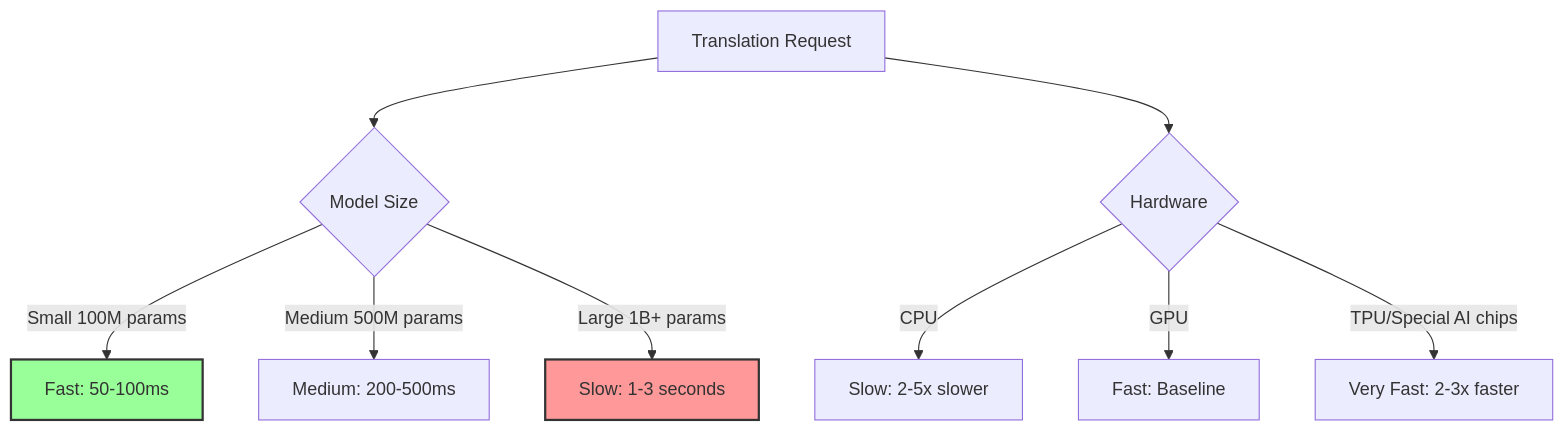
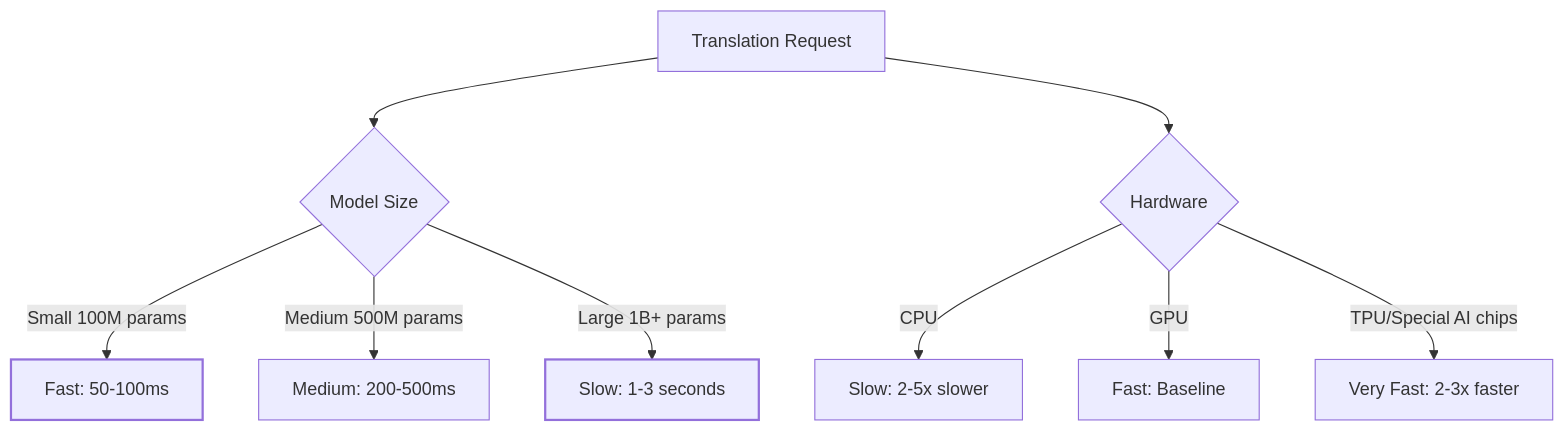
One commit to Shaddix/mostlylucidweb changed diagram 15 of 15 in Mostlylucid/Markdown/how-neural-machine-translation-works.md. Above: the diagram before and after it, drawn with Mermaid. The commit also changed other lines of this file and 7 other files, not shown here.

````diff
--- a/Mostlylucid/Markdown/how-neural-machine-translation-works.md
+++ b/Mostlylucid/Markdown/how-neural-machine-translation-works.md
@@ -1125,15 +1112,15 @@
 ```mermaid
 graph TD
     A[Translation Request] --> B{Model Size}
     B -->|Small 100M params| C[Fast: 50-100ms]
     B -->|Medium 500M params| D[Medium: 200-500ms]
     B -->|Large 1B+ params| E[Slow: 1-3 seconds]
 
     A --> F{Hardware}
     F -->|CPU| G[Slow: 2-5x slower]
     F -->|GPU| H[Fast: Baseline]
     F -->|TPU/Special AI chips| I[Very Fast: 2-3x faster]
 
-    style C fill:#9f9,stroke:#333,stroke-width:2px
-    style E fill:#f99,stroke:#333,stroke-width:2px
+    style C stroke-width:2px
+    style E stroke-width:2px
 ```
````
